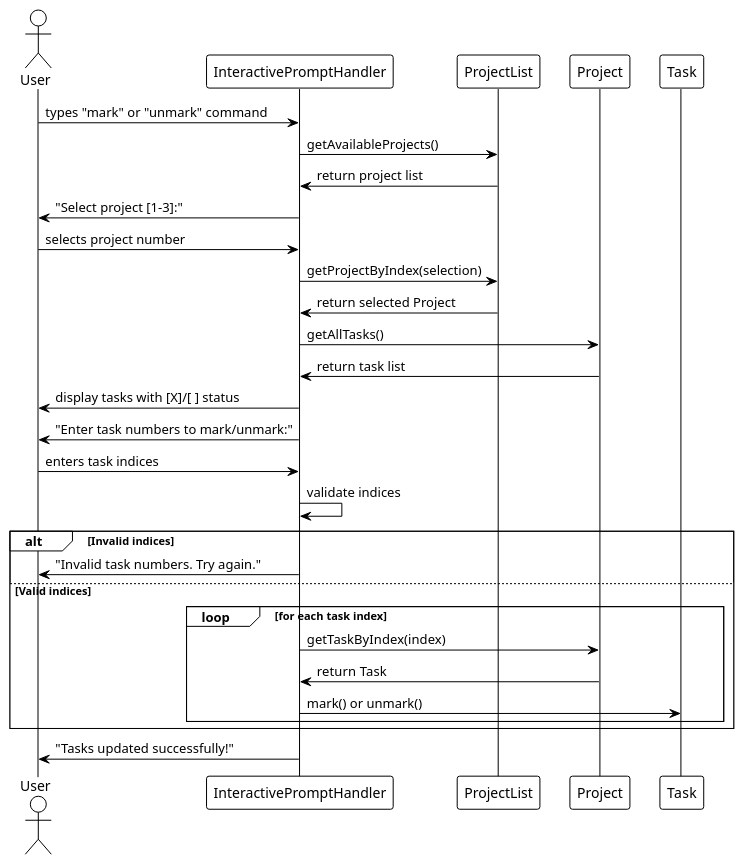
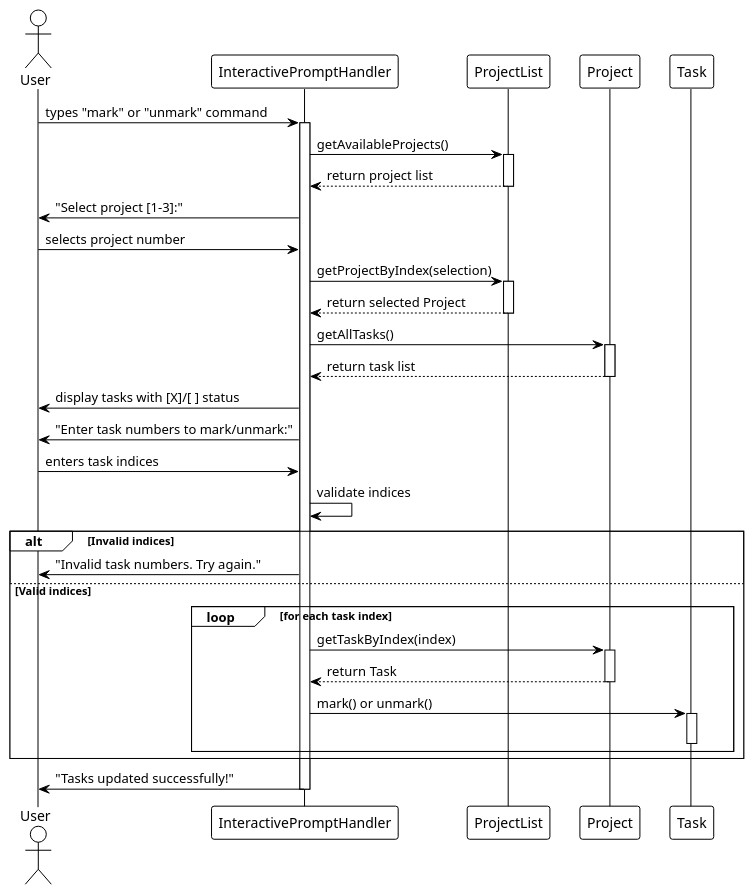
Before and after one commit to sean6369/tp: the diagram in docs/plantUML/mark-unmark-sequence/mark-unmark-sequence-diagram.puml, drawn with PlantUML. The commit also changed 10 other files, not shown here.

First line of the commit message:
Update all sequence diagrams to follow proper UML standards

```diff
--- a/docs/plantUML/mark-unmark-sequence/mark-unmark-sequence-diagram.puml
+++ b/docs/plantUML/mark-unmark-sequence/mark-unmark-sequence-diagram.puml
@@ -1,41 +1,53 @@
 @startuml Mark/Unmark Command Sequence Diagram
 !theme plain
 skinparam classAttributeIconSize 0
 hide stereotype
 
 actor User
 participant InteractivePromptHandler
 participant ProjectList
 participant Project
 participant Task
 
 User -> InteractivePromptHandler: types "mark" or "unmark" command
+activate InteractivePromptHandler
 InteractivePromptHandler -> ProjectList: getAvailableProjects()
-ProjectList -> InteractivePromptHandler: return project list
+activate ProjectList
+ProjectList --> InteractivePromptHandler: return project list
+deactivate ProjectList
 InteractivePromptHandler -> User: "Select project [1-3]:"
 
 User -> InteractivePromptHandler: selects project number
 InteractivePromptHandler -> ProjectList: getProjectByIndex(selection)
-ProjectList -> InteractivePromptHandler: return selected Project
+activate ProjectList
+ProjectList --> InteractivePromptHandler: return selected Project
+deactivate ProjectList
 
 InteractivePromptHandler -> Project: getAllTasks()
-Project -> InteractivePromptHandler: return task list
+activate Project
+Project --> InteractivePromptHandler: return task list
+deactivate Project
 InteractivePromptHandler -> User: display tasks with [X]/[ ] status
 
 InteractivePromptHandler -> User: "Enter task numbers to mark/unmark:"
 User -> InteractivePromptHandler: enters task indices
 
 InteractivePromptHandler -> InteractivePromptHandler: validate indices
 alt Invalid indices
     InteractivePromptHandler -> User: "Invalid task numbers. Try again."
 else Valid indices
     loop for each task index
         InteractivePromptHandler -> Project: getTaskByIndex(index)
-        Project -> InteractivePromptHandler: return Task
+        activate Project
+        Project --> InteractivePromptHandler: return Task
+        deactivate Project
         InteractivePromptHandler -> Task: mark() or unmark()
+        activate Task
+        deactivate Task
     end
 end
 
 InteractivePromptHandler -> User: "Tasks updated successfully!"
+deactivate InteractivePromptHandler
 
 @enduml
```
